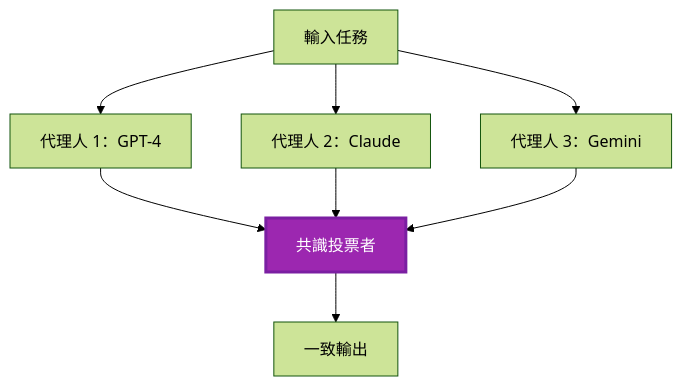
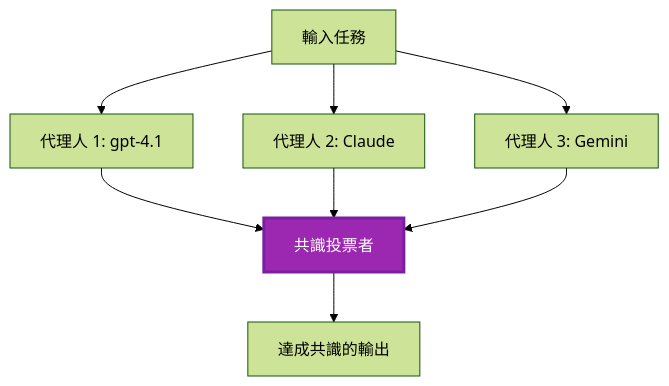
The fifth of 6 diagrams in translations/zh-MO/docs/chapter-06-pre-deployment/coordination-patterns.md (microsoft/AZD-for-beginners), drawn with Mermaid (forest theme) before and after one commit. The commit also changed other lines of this file and 101 other files, not shown here.

````diff
--- a/translations/zh-MO/docs/chapter-06-pre-deployment/coordination-patterns.md
+++ b/translations/zh-MO/docs/chapter-06-pre-deployment/coordination-patterns.md
@@ -231,19 +225,19 @@
 ```mermaid
 graph TB
     Input[輸入任務]
-    Agent1[代理人 1：GPT-4]
-    Agent2[代理人 2：Claude]
-    Agent3[代理人 3：Gemini]
+    Agent1[代理人 1: gpt-4.1]
+    Agent2[代理人 2: Claude]
+    Agent3[代理人 3: Gemini]
     Voter[共識投票者]
-    Output[一致輸出]
+    Output[達成共識的輸出]
     
     Input --> Agent1
     Input --> Agent2
     Input --> Agent3
     Agent1 --> Voter
     Agent2 --> Voter
     Agent3 --> Voter
     Voter --> Output
     
     style Voter fill:#9C27B0,stroke:#7B1FA2,stroke-width:3px,color:#fff
 ```
````
